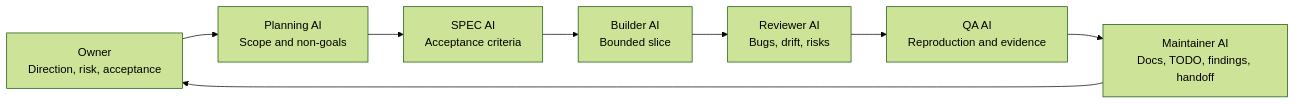
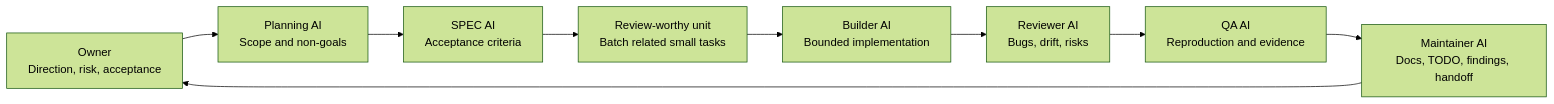
The third of 4 diagrams in docs/diagrams.md (LiveTrack-X/spec-driven-ai-development), drawn with Mermaid (forest theme) before and after one commit. The commit also changed other lines of this file and 27 other files, not shown here.

Commit message:
Reduce intervention with review-worthy units

````diff
--- a/docs/diagrams.md
+++ b/docs/diagrams.md
@@ -38,10 +39,11 @@
 ```mermaid
 flowchart LR
     O["Owner\nDirection, risk, acceptance"] --> P["Planning AI\nScope and non-goals"]
     P --> S["SPEC AI\nAcceptance criteria"]
-    S --> B["Builder AI\nBounded slice"]
+    S --> U["Review-worthy unit\nBatch related small tasks"]
+    U --> B["Builder AI\nBounded implementation"]
     B --> R["Reviewer AI\nBugs, drift, risks"]
     R --> Q["QA AI\nReproduction and evidence"]
     Q --> M["Maintainer AI\nDocs, TODO, findings, handoff"]
     M --> O
 ```
````
